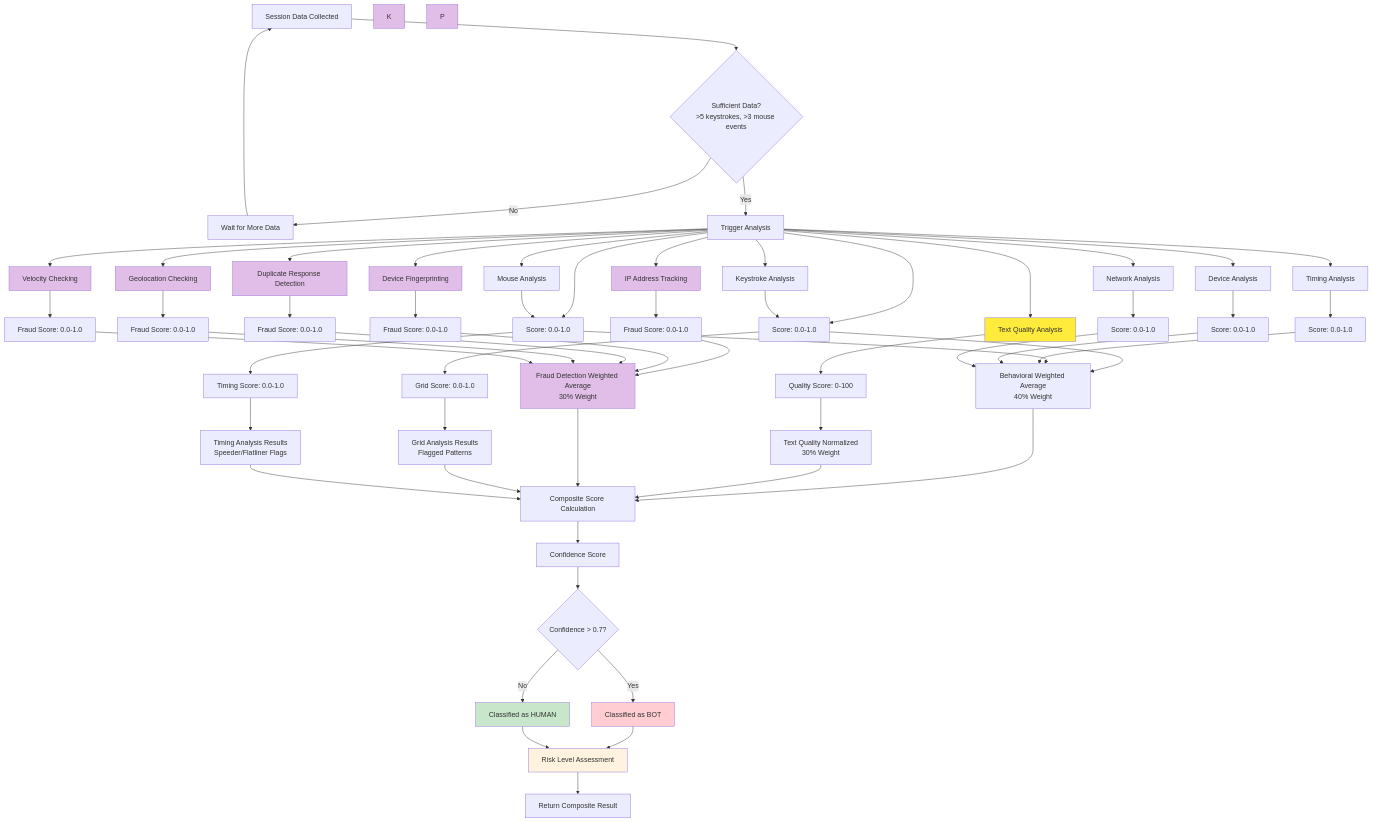
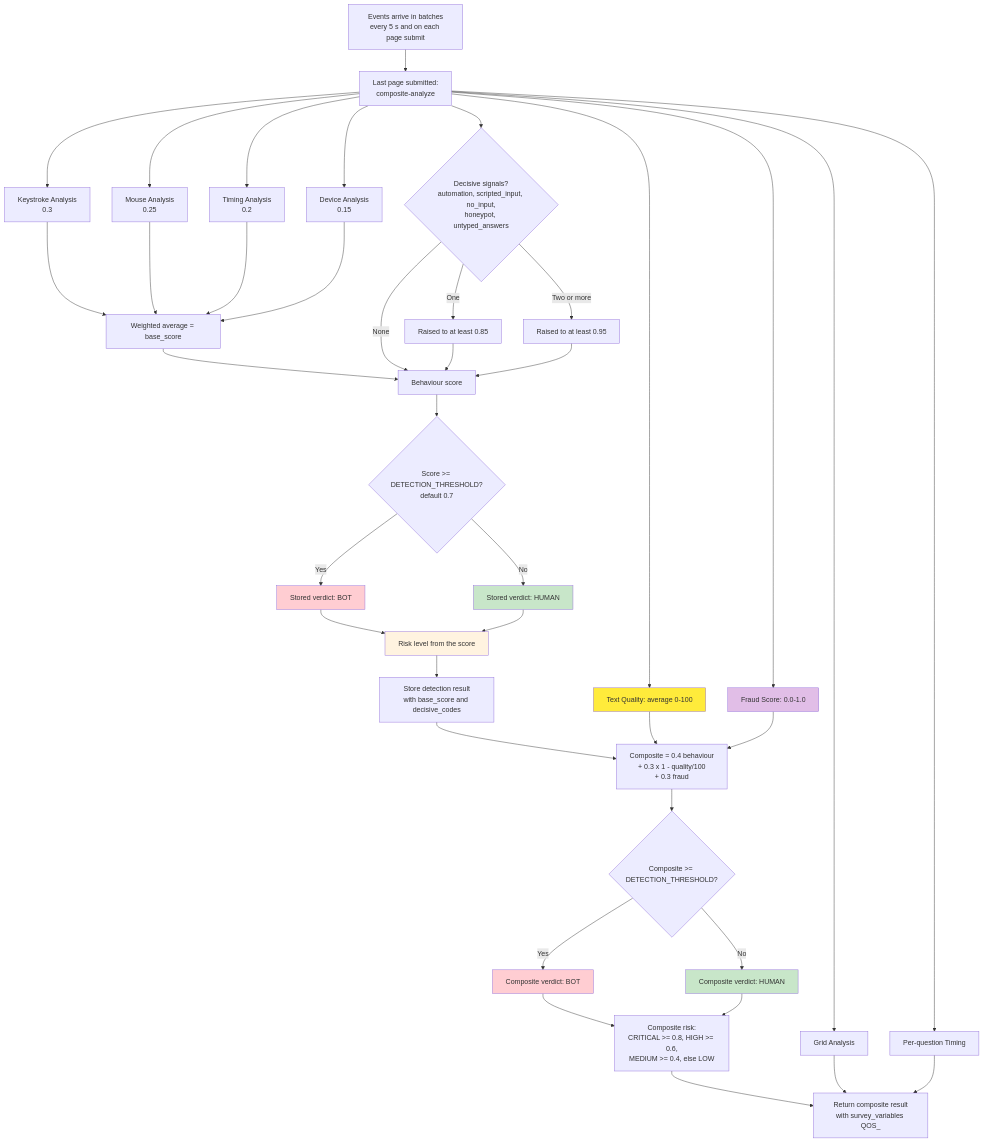
Before and after one commit to halderavik/bot_detection_live: the sixth of 15 diagrams in bot_detection_flow.md, drawn with Mermaid. The commit also changed other lines of this file and 19 other files, not shown here.

First line of the commit message:
Update all documentation for live quality, Decipher tracking, settings and the new dashboard.

````diff
--- a/bot_detection_flow.md
+++ b/bot_detection_flow.md
@@ -505,82 +558,56 @@
 ```mermaid
 graph TD
-    A[Session Data Collected] --> B{Sufficient Data?<br/>>5 keystrokes, >3 mouse events}
-    B -->|No| C[Wait for More Data]
-    C --> A
-    B -->|Yes| D[Trigger Analysis]
+    A[Events arrive in batches<br/>every 5 s and on each page submit] --> D[Last page submitted:<br/>composite-analyze]
     
-    D --> E[Keystroke Analysis]
-    D --> F[Mouse Analysis]
-    D --> G[Timing Analysis]
-    D --> H[Device Analysis]
-    D --> I[Network Analysis]
-    D --> J[Text Quality Analysis]
-    D --> K1[IP Address Tracking]
-    D --> K2[Device Fingerprinting]
-    D --> K3[Duplicate Response Detection]
-    D --> K4[Geolocation Checking]
-    D --> K5[Velocity Checking]
+    D --> E[Keystroke Analysis<br/>0.3]
+    D --> F[Mouse Analysis<br/>0.25]
+    D --> G[Timing Analysis<br/>0.2]
+    D --> H[Device Analysis<br/>0.15]
+    D --> DS{Decisive signals?<br/>automation, scripted_input, no_input,<br/>honeypot, untyped_answers}
+    
+    E --> B1[Weighted average = base_score]
+    F --> B1
+    G --> B1
+    H --> B1
+    
+    B1 --> B2[Behaviour score]
+    DS -->|None| B2
+    DS -->|One| B3[Raised to at least 0.85]
+    DS -->|Two or more| B4[Raised to at least 0.95]
+    B3 --> B2
+    B4 --> B2
+    
+    B2 --> U{Score >= DETECTION_THRESHOLD?<br/>default 0.7}
+    U -->|Yes| V[Stored verdict: BOT]
+    U -->|No| W[Stored verdict: HUMAN]
+    V --> X[Risk level from the score]
+    W --> X
+    X --> X1[Store detection result<br/>with base_score and decisive_codes]
+    
+    D --> J[Text Quality: average 0-100]
+    D --> K[Fraud Score: 0.0-1.0]
     D --> L1[Grid Analysis]
-    D --> L2[Timing Analysis]
+    D --> L2[Per-question Timing]
     
-    E --> L1[Score: 0.0-1.0]
-    F --> L2[Score: 0.0-1.0]
-    G --> L3[Score: 0.0-1.0]
-    H --> L4[Score: 0.0-1.0]
-    I --> L5[Score: 0.0-1.0]
-    J --> L6[Quality Score: 0-100]
+    X1 --> S[Composite = 0.4 behaviour<br/>+ 0.3 x 1 - quality/100<br/>+ 0.3 fraud]
+    J --> S
+    K --> S
     
-    K1 --> L7[Fraud Score: 0.0-1.0]
-    K2 --> L8[Fraud Score: 0.0-1.0]
-    K3 --> L9[Fraud Score: 0.0-1.0]
-    K4 --> L10[Fraud Score: 0.0-1.0]
-    K5 --> L11[Fraud Score: 0.0-1.0]
+    S --> S1{Composite >= DETECTION_THRESHOLD?}
+    S1 -->|Yes| S2[Composite verdict: BOT]
+    S1 -->|No| S3[Composite verdict: HUMAN]
+    S2 --> S4[Composite risk:<br/>CRITICAL >= 0.8, HIGH >= 0.6,<br/>MEDIUM >= 0.4, else LOW]
+    S3 --> S4
     
-    L1 --> L12[Grid Score: 0.0-1.0]
-    L2 --> L13[Timing Score: 0.0-1.0]
-    
-    L1 --> M1[Behavioral Weighted Average<br/>40% Weight]
-    L2 --> M1
-    L3 --> M1
-    L4 --> M1
-    L5 --> M1
-    
-    L6 --> M2[Text Quality Normalized<br/>30% Weight]
-    
-    L7 --> M3[Fraud Detection Weighted Average<br/>30% Weight]
-    L8 --> M3
-    L9 --> M3
-    L10 --> M3
-    L11 --> M3
-    
-    L12 --> M4[Grid Analysis Results<br/>Flagged Patterns]
-    L13 --> M5[Timing Analysis Results<br/>Speeder/Flatliner Flags]
-    
-    M1 --> S[Composite Score Calculation]
-    M2 --> S
-    M3 --> S
-    M4 --> S
-    M5 --> S
-    
-    S --> T[Confidence Score]
-    T --> U{Confidence > 0.7?}
-    U -->|Yes| V[Classified as BOT]
-    U -->|No| W[Classified as HUMAN]
-    
-    V --> X[Risk Level Assessment]
-    W --> X
-    X --> Y[Return Composite Result]
+    S4 --> Y[Return composite result<br/>with survey_variables QOS_]
+    L1 --> Y
+    L2 --> Y
     
     style V fill:#ffcdd2
     style W fill:#c8e6c9
+    style S2 fill:#ffcdd2
+    style S3 fill:#c8e6c9
     style X fill:#fff3e0
     style J fill:#ffeb3b
-    style K1 fill:#e1bee7
-    style K2 fill:#e1bee7
-    style K3 fill:#e1bee7
-    style K4 fill:#e1bee7
-    style K5 fill:#e1bee7
-    style M3 fill:#e1bee7
     style K fill:#e1bee7
-    style P fill:#e1bee7
 ```
````
